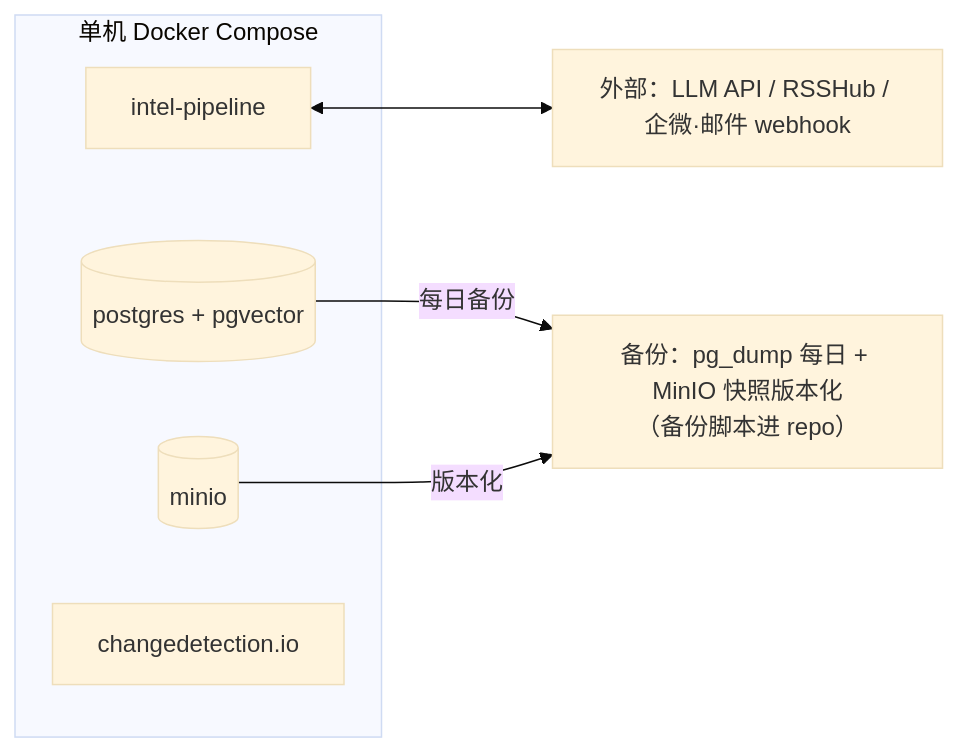
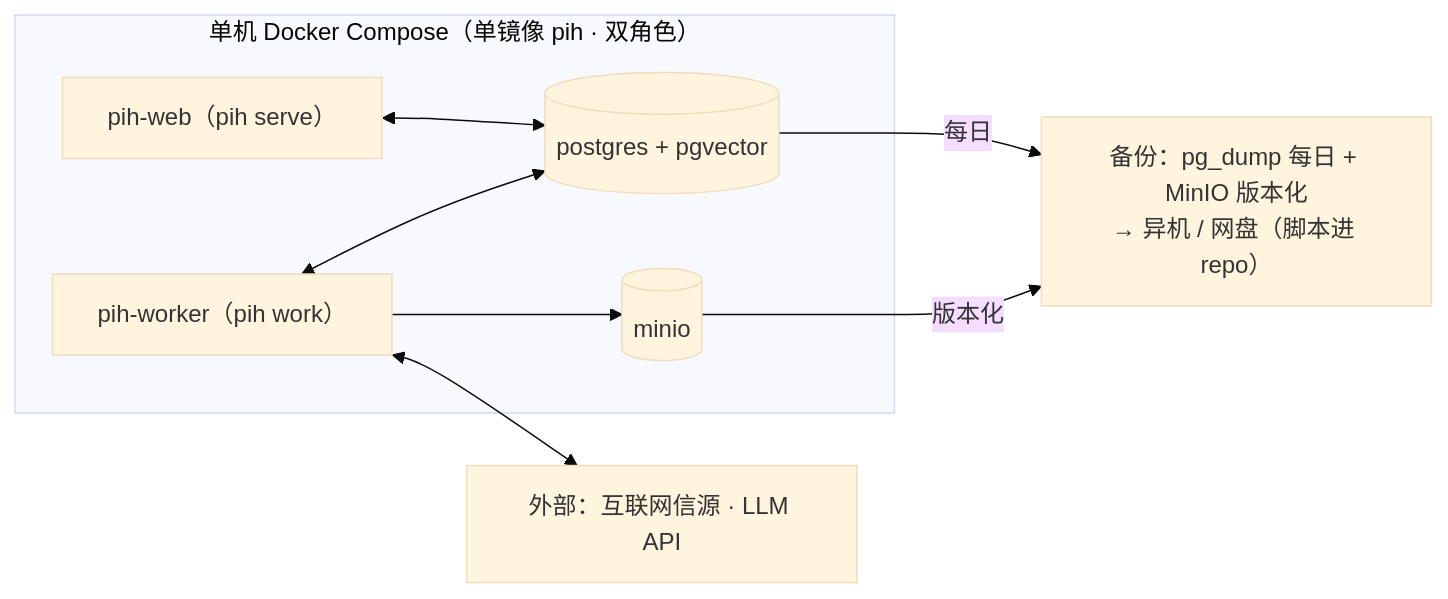
Before and after one commit to leoricmaster/pih: the tenth of 10 diagrams in backlog/docs/doc-002 - 架构设计-Architecture.md, drawn with Mermaid (base theme). The commit also changed other lines of this file and 5 other files, not shown here.

````diff
--- a/backlog/docs/doc-002 - 架构设计-Architecture.md
+++ b/backlog/docs/doc-002 - 架构设计-Architecture.md
@@ -311,14 +399,17 @@
 ```mermaid
 flowchart LR
-    subgraph HOST["单机 Docker Compose"]
-        APP["intel-pipeline"]
+    subgraph HOST["单机 Docker Compose（单镜像 pih · 双角色）"]
+        WEB["pih-web（pih serve）"]
+        WORK["pih-worker（pih work）"]
         PG[("postgres + pgvector")]
         MINIO[("minio")]
-        CDC["changedetection.io"]
     end
-    BK["备份：pg_dump 每日 + MinIO 快照版本化<br/>（备份脚本进 repo）"]
-    EXT["外部：LLM API / RSSHub / 企微·邮件 webhook"]
-    APP <--> EXT
-    PG -->|"每日备份"| BK
+    BK["备份：pg_dump 每日 + MinIO 版本化<br/>→ 异机 / 网盘（脚本进 repo）"]
+    EXT["外部：互联网信源 · LLM API"]
+    WEB <--> PG
+    WORK <--> PG
+    WORK --> MINIO
+    WORK <--> EXT
+    PG -->|"每日"| BK
     MINIO -->|"版本化"| BK
 ```
````
